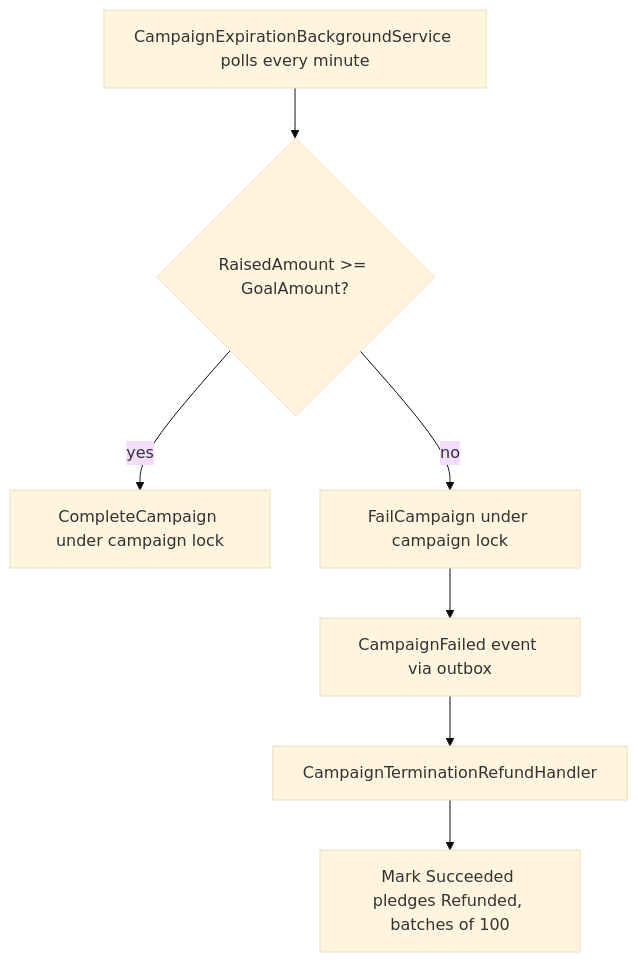
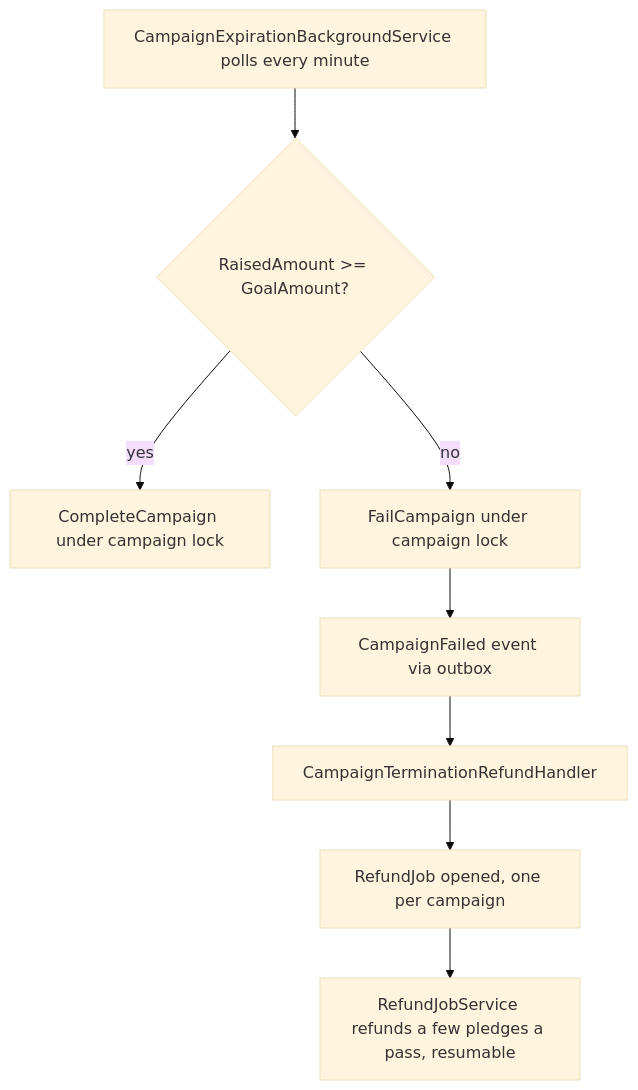
The third of 5 diagrams in educational/03-engineering-spec-and-roadmap/design-to-code-mapping-round1.md (maysamgamini/crowdfundinghub), drawn with Mermaid (base theme) before and after one commit. The commit also changed other lines of this file and 32 other files, not shown here.

First line of the commit message:
feat(refunds): refund job that is rate limited and resumable, with a record of every answered attempt

````diff
--- a/educational/03-engineering-spec-and-roadmap/design-to-code-mapping-round1.md
+++ b/educational/03-engineering-spec-and-roadmap/design-to-code-mapping-round1.md
@@ -114,9 +114,10 @@
 ```mermaid
 flowchart TD
     A[CampaignExpirationBackgroundService polls every minute] --> B{RaisedAmount >= GoalAmount?}
     B -- yes --> C[CompleteCampaign under campaign lock]
     B -- no --> D[FailCampaign under campaign lock]
     D --> E[CampaignFailed event via outbox]
     E --> F[CampaignTerminationRefundHandler]
-    F --> G[Mark Succeeded pledges Refunded, batches of 100]
+    F --> H[RefundJob opened, one per campaign]
+    H --> G[RefundJobService refunds a few pledges a pass, resumable]
 ```
````
